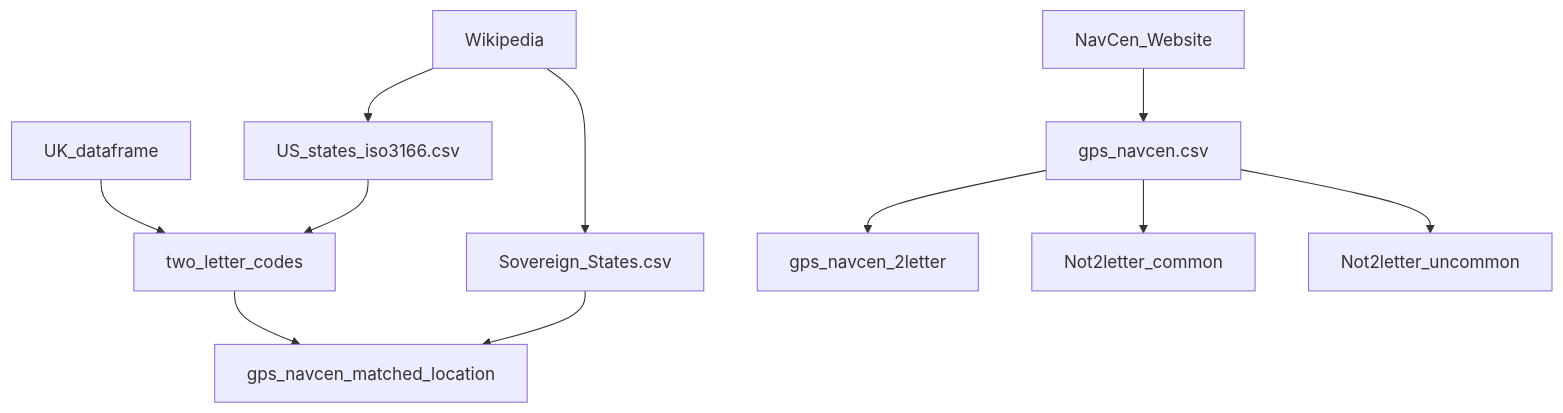
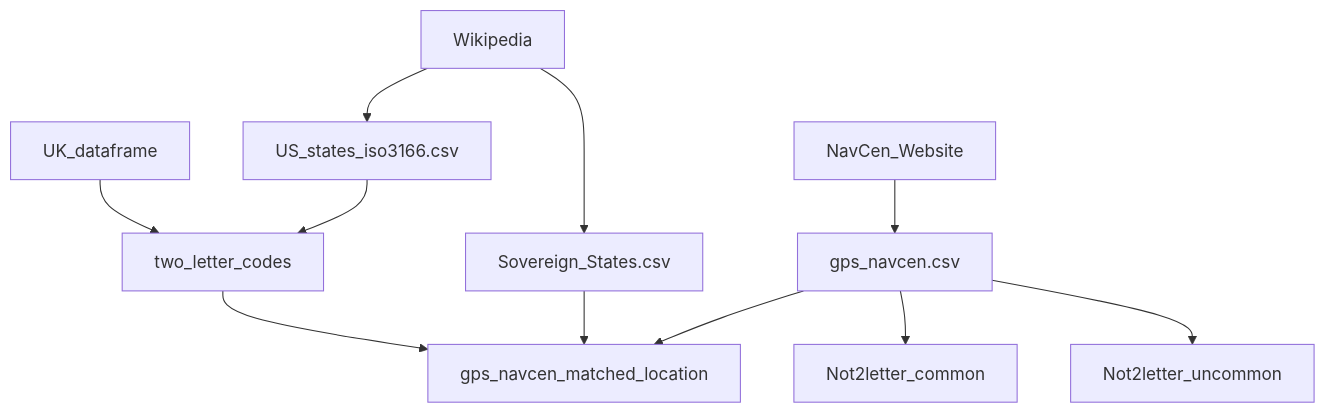
One commit to stelios-c/GPS_analysis changed the diagram in README.md. Above: the diagram before and after it, drawn with Mermaid.

````diff
--- a/README.md
+++ b/README.md
@@ -13,13 +13,13 @@
 ```mermaid
 graph TD;
     NavCen_Website-->gps_navcen.csv;
     Wikipedia--> US_states_iso3166.csv;
     Wikipedia--> Sovereign_States.csv;
     UK_dataframe--> two_letter_codes;
     US_states_iso3166.csv--> two_letter_codes;
     two_letter_codes-->gps_navcen_matched_location;
     Sovereign_States.csv-->gps_navcen_matched_location;
-    gps_navcen.csv-->gps_navcen_2letter;
+    gps_navcen.csv-->gps_navcen_matched_location;
     gps_navcen.csv-->Not2letter_common;
     gps_navcen.csv-->Not2letter_uncommon;
  ```
````
